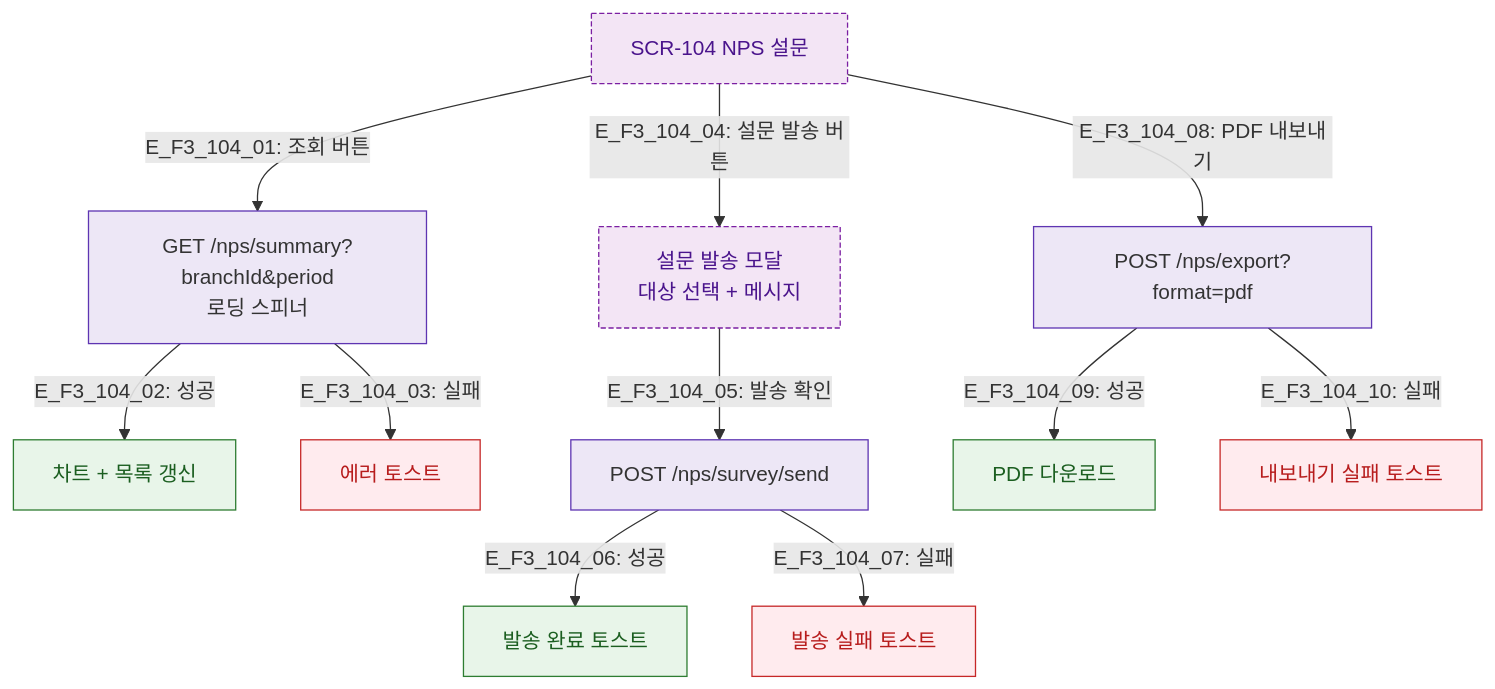
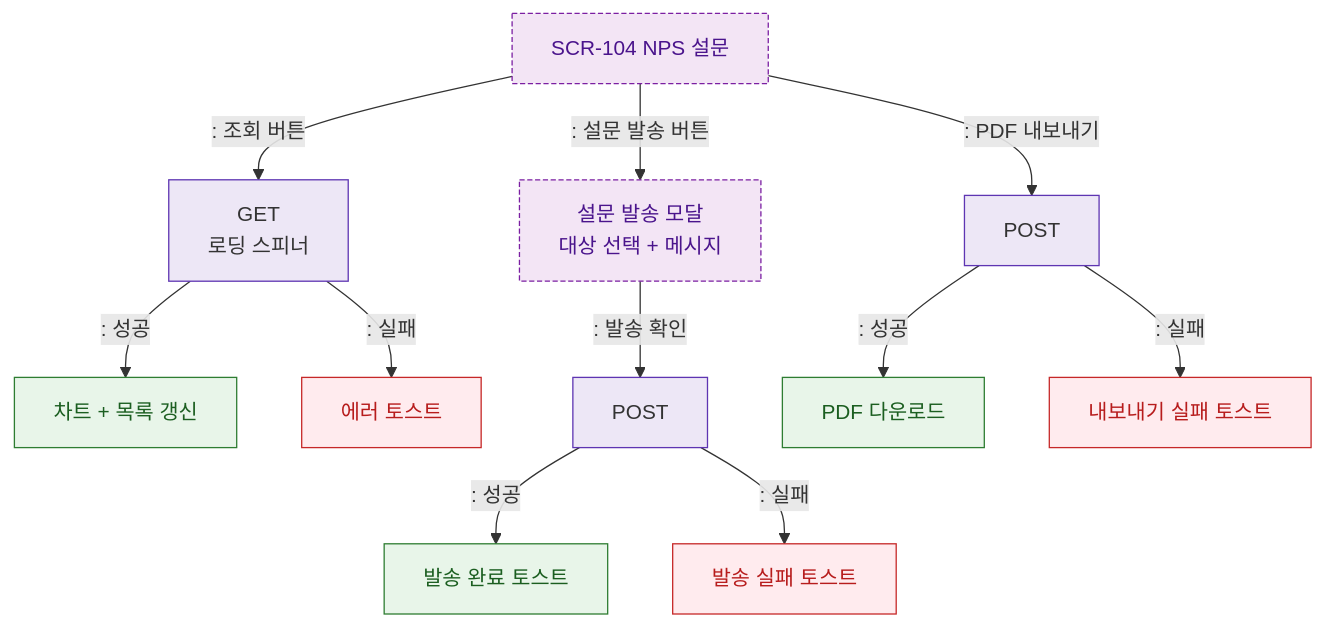
Before and after one commit to dev-spogym/admin-pando: the diagram in docs/다이어그램/D10_본사관리/SCR-104_NPS설문/F3_버튼액션.md, drawn with Mermaid. The commit also changed other lines of this file and 1660 other files, not shown here.

First line of the commit message:
다이어그램: 기획자/클라이언트 납품본으로 정리

````diff
--- a/docs/다이어그램/D10_본사관리/SCR-104_NPS설문/F3_버튼액션.md
+++ b/docs/다이어그램/D10_본사관리/SCR-104_NPS설문/F3_버튼액션.md
@@ -14,28 +12,28 @@
 ```mermaid
 flowchart TD
     SCR104[SCR-104 NPS 설문]
 
-    SCR104 -->|"E_F3_104_01: 조회 버튼"| Fetch[GET /nps/summary?branchId&period\n로딩 스피너]
-    Fetch -->|"E_F3_104_02: 성공"| Refresh[차트 + 목록 갱신]
-    Fetch -->|"E_F3_104_03: 실패"| FetchErr[에러 토스트]
+    SCR104 -->|": 조회 버튼"|Fetch[GET \n로딩 스피너]
+    Fetch -->|": 성공"|Refresh[차트 + 목록 갱신]
+    Fetch -->|": 실패"|FetchErr[에러 토스트]
 
-    SCR104 -->|"E_F3_104_04: 설문 발송 버튼"| ModalSend[설문 발송 모달\n대상 선택 + 메시지]
-    ModalSend -->|"E_F3_104_05: 발송 확인"| SendReq[POST /nps/survey/send]
-    SendReq -->|"E_F3_104_06: 성공"| SendOK[발송 완료 토스트]
-    SendReq -->|"E_F3_104_07: 실패"| SendErr[발송 실패 토스트]
+    SCR104 -->|": 설문 발송 버튼"|ModalSend[설문 발송 모달\n대상 선택 + 메시지]
+    ModalSend -->|": 발송 확인"|SendReq[POST]
+    SendReq -->|": 성공"|SendOK[발송 완료 토스트]
+    SendReq -->|": 실패"|SendErr[발송 실패 토스트]
 
-    SCR104 -->|"E_F3_104_08: PDF 내보내기"| ExportPDF[POST /nps/export?format=pdf]
-    ExportPDF -->|"E_F3_104_09: 성공"| PDFDown[PDF 다운로드]
-    ExportPDF -->|"E_F3_104_10: 실패"| ExportErr[내보내기 실패 토스트]
+    SCR104 -->|": PDF 내보내기"|ExportPDF[POST]
+    ExportPDF -->|": 성공"|PDFDown[PDF 다운로드]
+    ExportPDF -->|": 실패"|ExportErr[내보내기 실패 토스트]
 
     classDef screen fill:#E3F2FD,stroke:#1976D2,color:#0D47A1
     classDef newFeature fill:#F3E5F5,stroke:#7B1FA2,color:#4A148C,stroke-dasharray:4 2
     classDef success fill:#E8F5E9,stroke:#2E7D32,color:#1B5E20
     classDef error fill:#FFEBEE,stroke:#C62828,color:#B71C1C
     classDef system fill:#EDE7F6,stroke:#5E35B2
     class SCR104 newFeature
     class ModalSend newFeature
     class Refresh,SendOK,PDFDown success
     class FetchErr,SendErr,ExportErr error
     class Fetch,SendReq,ExportPDF system
 ```
````
